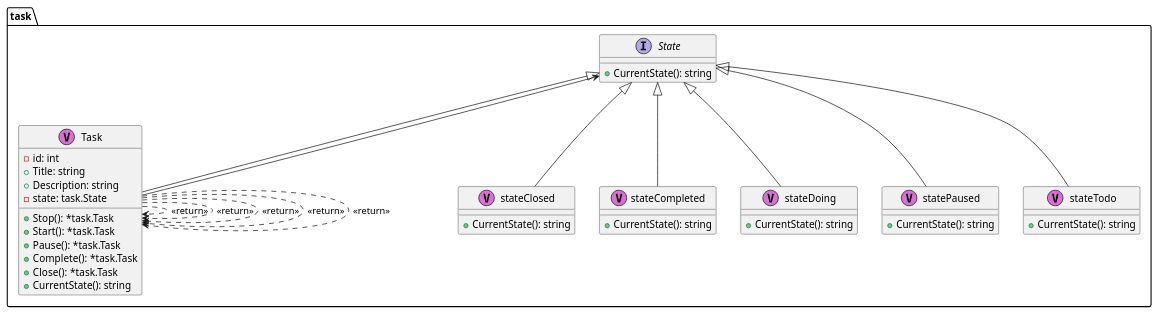
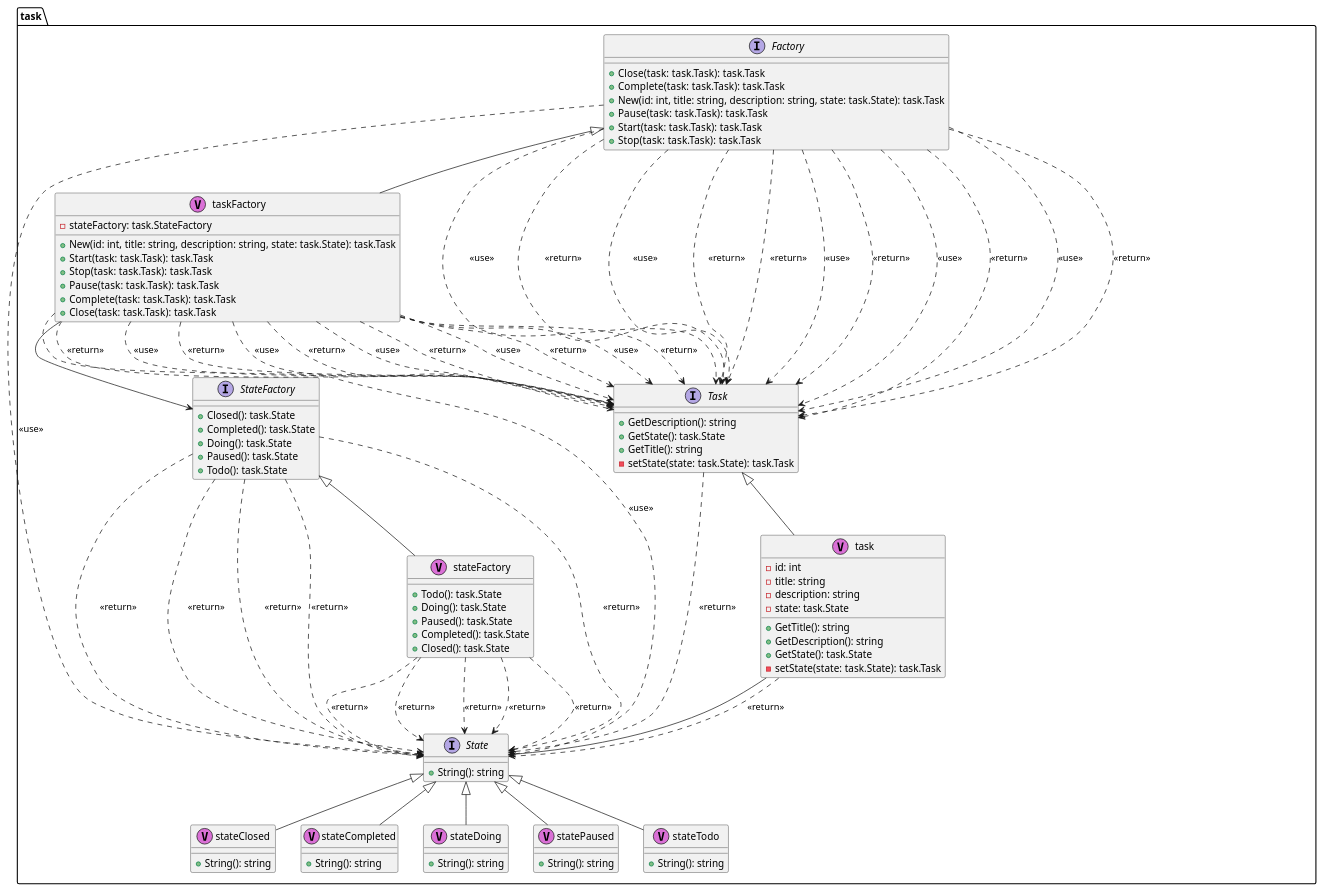
Before and after one commit to gateroot/taskforce: the diagram in diagram/class/task.puml, drawn with PlantUML. The commit also changed 6 other files, not shown here.

```diff
--- a/diagram/class/task.puml
+++ b/diagram/class/task.puml
@@ -1,79 +1,173 @@
 @startuml
 package "task" {
+	interface "Factory" as task.Factory {
+		+Close(task: task.Task): task.Task
+		+Complete(task: task.Task): task.Task
+		+New(id: int, title: string, description: string, state: task.State): task.Task
+		+Pause(task: task.Task): task.Task
+		+Start(task: task.Task): task.Task
+		+Stop(task: task.Task): task.Task
+	}
+}
+
+
+	task.Factory ..> task.Task : <<use>> 
+	task.Factory ..> task.Task : <<return>> 
+	task.Factory ..> task.Task : <<use>> 
+	task.Factory ..> task.Task : <<return>> 
+	task.Factory ..> task.State : <<use>> 
+	task.Factory ..> task.Task : <<return>> 
+	task.Factory ..> task.Task : <<use>> 
+	task.Factory ..> task.Task : <<return>> 
+	task.Factory ..> task.Task : <<use>> 
+	task.Factory ..> task.Task : <<return>> 
+	task.Factory ..> task.Task : <<use>> 
+	task.Factory ..> task.Task : <<return>> 
+
+package "task" {
 	interface "State" as task.State {
-		+CurrentState(): string
+		+String(): string
 	}
 }
 
 
 
 package "task" {
-	class "Task" as task.Task <<V,Orchid>> {
-		-id: int
-		+Title: string
-		+Description: string
-		-state: task.State
-		+Stop(): *task.Task
-		+Start(): *task.Task
-		+Pause(): *task.Task
-		+Complete(): *task.Task
-		+Close(): *task.Task
-		+CurrentState(): string
+	interface "StateFactory" as task.StateFactory {
+		+Closed(): task.State
+		+Completed(): task.State
+		+Doing(): task.State
+		+Paused(): task.State
+		+Todo(): task.State
 	}
 }
 
-	task.Task --> task.State
 
-	task.Task ..> task.Task : <<return>> 
-	task.Task ..> task.Task : <<return>> 
-	task.Task ..> task.Task : <<return>> 
-	task.Task ..> task.Task : <<return>> 
-	task.Task ..> task.Task : <<return>> 
+	task.StateFactory ..> task.State : <<return>> 
+	task.StateFactory ..> task.State : <<return>> 
+	task.StateFactory ..> task.State : <<return>> 
+	task.StateFactory ..> task.State : <<return>> 
+	task.StateFactory ..> task.State : <<return>> 
+
+package "task" {
+	interface "Task" as task.Task {
+		+GetDescription(): string
+		+GetState(): task.State
+		+GetTitle(): string
+		-setState(state: task.State): task.Task
+	}
+}
+
+
+	task.Task ..> task.State : <<return>> 
 
 package "task" {
 	class "stateClosed" as task.stateClosed <<V,Orchid>> {
-		+CurrentState(): string
+		+String(): string
 	}
 }
 
 
 
 package "task" {
 	class "stateCompleted" as task.stateCompleted <<V,Orchid>> {
-		+CurrentState(): string
+		+String(): string
 	}
 }
 
 
 
 package "task" {
 	class "stateDoing" as task.stateDoing <<V,Orchid>> {
-		+CurrentState(): string
+		+String(): string
 	}
 }
 
 
 
 package "task" {
+	class "stateFactory" as task.stateFactory <<V,Orchid>> {
+		+Todo(): task.State
+		+Doing(): task.State
+		+Paused(): task.State
+		+Completed(): task.State
+		+Closed(): task.State
+	}
+}
+
+
+	task.stateFactory ..> task.State : <<return>> 
+	task.stateFactory ..> task.State : <<return>> 
+	task.stateFactory ..> task.State : <<return>> 
+	task.stateFactory ..> task.State : <<return>> 
+	task.stateFactory ..> task.State : <<return>> 
+
+package "task" {
 	class "statePaused" as task.statePaused <<V,Orchid>> {
-		+CurrentState(): string
+		+String(): string
 	}
 }
 
 
 
 package "task" {
 	class "stateTodo" as task.stateTodo <<V,Orchid>> {
-		+CurrentState(): string
+		+String(): string
 	}
 }
 
 
 
-	task.Task -up-|> task.State
+package "task" {
+	class "task" as task.task <<V,Orchid>> {
+		-id: int
+		-title: string
+		-description: string
+		-state: task.State
+		+GetTitle(): string
+		+GetDescription(): string
+		+GetState(): task.State
+		-setState(state: task.State): task.Task
+	}
+}
+
+	task.task --> task.State
+
+	task.task ..> task.State : <<return>> 
+
+package "task" {
+	class "taskFactory" as task.taskFactory <<V,Orchid>> {
+		-stateFactory: task.StateFactory
+		+New(id: int, title: string, description: string, state: task.State): task.Task
+		+Start(task: task.Task): task.Task
+		+Stop(task: task.Task): task.Task
+		+Pause(task: task.Task): task.Task
+		+Complete(task: task.Task): task.Task
+		+Close(task: task.Task): task.Task
+	}
+}
+
+	task.taskFactory --> task.StateFactory
+
+	task.taskFactory ..> task.State : <<use>> 
+	task.taskFactory ..> task.Task : <<return>> 
+	task.taskFactory ..> task.Task : <<use>> 
+	task.taskFactory ..> task.Task : <<return>> 
+	task.taskFactory ..> task.Task : <<use>> 
+	task.taskFactory ..> task.Task : <<return>> 
+	task.taskFactory ..> task.Task : <<use>> 
+	task.taskFactory ..> task.Task : <<return>> 
+	task.taskFactory ..> task.Task : <<use>> 
+	task.taskFactory ..> task.Task : <<return>> 
+	task.taskFactory ..> task.Task : <<use>> 
+	task.taskFactory ..> task.Task : <<return>> 
+
 	task.stateClosed -up-|> task.State
 	task.stateCompleted -up-|> task.State
 	task.stateDoing -up-|> task.State
+	task.stateFactory -up-|> task.StateFactory
 	task.statePaused -up-|> task.State
 	task.stateTodo -up-|> task.State
+	task.task -up-|> task.Task
+	task.taskFactory -up-|> task.Factory
 @enduml
```
